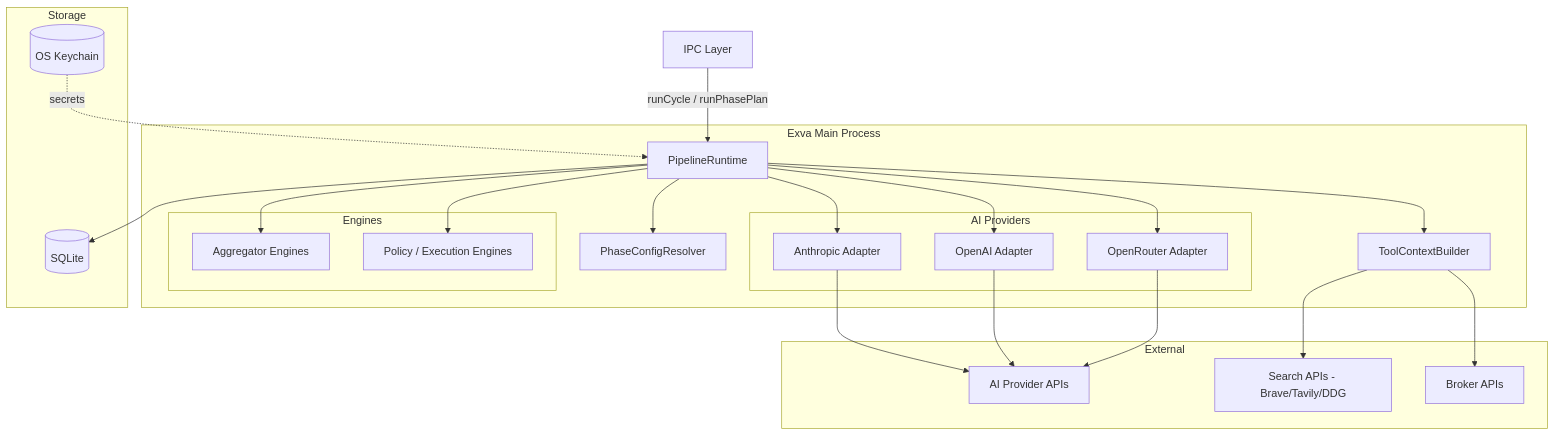
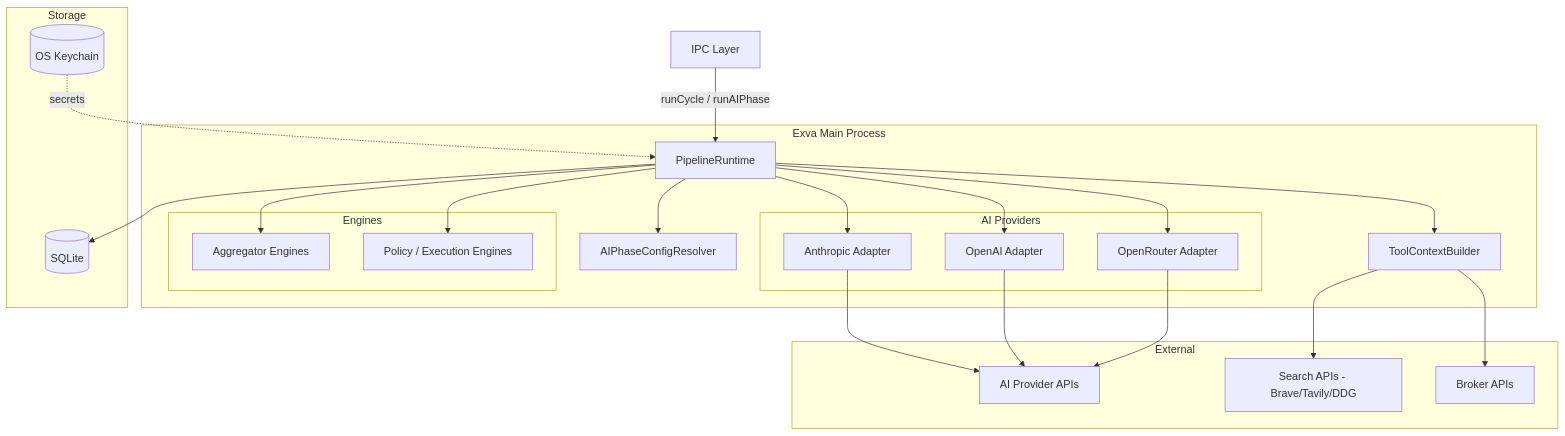
One commit to KennethAtchon/Exva changed the first of 10 diagrams in docs/architecture/pipeline-runtime.md. Above: the diagram before and after it, drawn with Mermaid. The commit also changed other lines of this file and 206 other files, not shown here.

````diff
--- a/docs/architecture/pipeline-runtime.md
+++ b/docs/architecture/pipeline-runtime.md
@@ -18,42 +18,42 @@
 ```mermaid
 graph TB
     subgraph "Exva Main Process"
         PR[PipelineRuntime]
-        PCR[PhaseConfigResolver]
+        PCR[AIPhaseConfigResolver]
         PTX[ToolContextBuilder]
         subgraph "AI Providers"
             ANT[Anthropic Adapter]
             OAI[OpenAI Adapter]
             OR[OpenRouter Adapter]
         end
         subgraph "Engines"
             AGG[Aggregator Engines]
             ENG[Policy / Execution Engines]
         end
     end
     subgraph "Storage"
         DB[(SQLite)]
         KC[(OS Keychain)]
     end
     subgraph "External"
         AIP[AI Provider APIs]
         SRCH[Search APIs - Brave/Tavily/DDG]
         BRKR[Broker APIs]
     end
 
-    IPC[IPC Layer] -->|runCycle / runPhasePlan| PR
+    IPC[IPC Layer] -->|runCycle / runAIPhase| PR
     PR --> PCR
     PR --> PTX
     PTX --> BRKR
     PTX --> SRCH
     PR --> ANT
     PR --> OAI
     PR --> OR
     ANT --> AIP
     OAI --> AIP
     OR --> AIP
     PR --> AGG
     PR --> ENG
     PR --> DB
     KC -.->|secrets| PR
 ```
````
